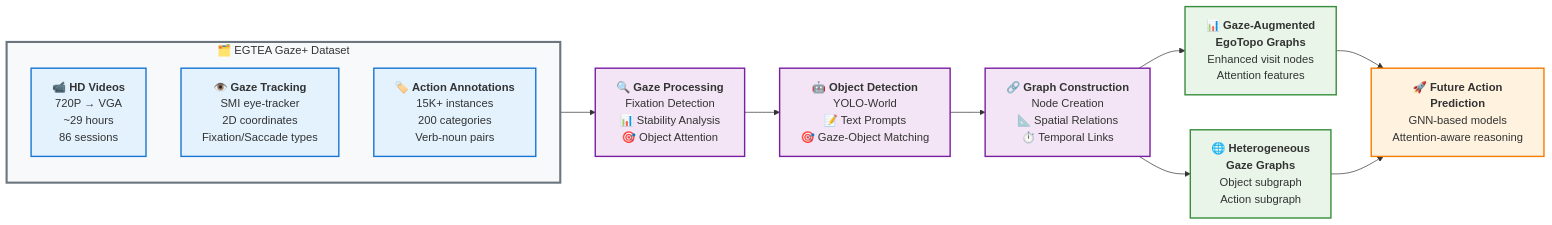
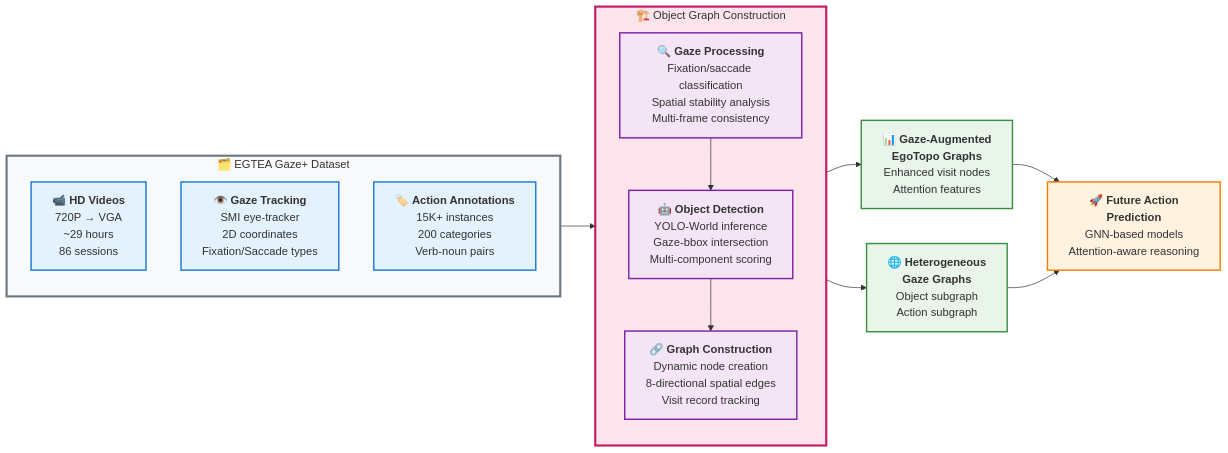
The diagram in figures/graph-construction-overview.md (tavis-siebert/gaze-guided-scene), drawn with Mermaid before and after one commit. The commit also changed other lines of this file, not shown here.

Commit message:
feat(figures): add pipeline container for object graph construction
Group core processing steps into unified pipeline subgraph with technical details from codebase analysis, emphasizing multi-component scoring and spatial relationship encoding.

````diff
--- a/figures/graph-construction-overview.md
+++ b/figures/graph-construction-overview.md
@@ -5,68 +5,77 @@
 ```mermaid
 flowchart LR
     %% Dataset Container
     subgraph Dataset["🗂️ EGTEA Gaze+ Dataset"]
         A["`📹 **HD Videos**
         720P → VGA
         ~29 hours
         86 sessions`"]
         
         B["`👁️ **Gaze Tracking**
         SMI eye-tracker
         2D coordinates
         Fixation/Saccade types`"]
         
         C["`🏷️ **Action Annotations**
         15K+ instances
         200 categories
         Verb-noun pairs`"]
     end
     
     %% Core Processing Pipeline
-    Dataset --> D["`🔍 **Gaze Processing**
-    Fixation Detection
-    📊 Stability Analysis
-    🎯 Object Attention`"]
+    subgraph Pipeline["🏗️ Object Graph Construction"]
+        D["`🔍 **Gaze Processing**
+        Fixation/saccade classification
+        Spatial stability analysis
+        Multi-frame consistency`"]
+        
+        E["`🤖 **Object Detection**
+        YOLO-World inference
+        Gaze-bbox intersection
+        Multi-component scoring`"]
+        
+        F["`🔗 **Graph Construction**
+        Dynamic node creation
+        8-directional spatial edges
+        Visit record tracking`"]
+        
+        D --> E
+        E --> F
+    end
     
-    D --> E["`🤖 **Object Detection**
-    YOLO-World
-    📝 Text Prompts
-    🎯 Gaze-Object Matching`"]
-    
-    E --> F["`🔗 **Graph Construction**
-    Node Creation
-    📐 Spatial Relations
-    ⏱️ Temporal Links`"]
+    Dataset --> Pipeline
     
     %% Output Representations
-    F --> G["`📊 **Gaze-Augmented
+    Pipeline --> G["`📊 **Gaze-Augmented
     EgoTopo Graphs**
     Enhanced visit nodes
     Attention features`"]
     
-    F --> H["`🌐 **Heterogeneous
+    Pipeline --> H["`🌐 **Heterogeneous
     Gaze Graphs**
     Object subgraph
     Action subgraph`"]
     
     %% Downstream Tasks
     G --> I["`🚀 **Future Action
     Prediction**
     GNN-based models
     Attention-aware reasoning`"]
     
     H --> I
     
     %% Styling for academic presentation
     classDef dataset fill:#f8f9fa,stroke:#6c757d,stroke-width:3px
+    classDef pipeline fill:#fce4ec,stroke:#c2185b,stroke-width:3px
     classDef input fill:#e3f2fd,stroke:#1976d2,stroke-width:2px
     classDef processing fill:#f3e5f5,stroke:#7b1fa2,stroke-width:2px
     classDef output fill:#e8f5e8,stroke:#388e3c,stroke-width:2px
     classDef task fill:#fff3e0,stroke:#f57c00,stroke-width:2px
     
     class Dataset dataset
+    class Pipeline pipeline
     class A,B,C input
     class D,E,F processing
     class G,H output
     class I task
 ```
````
